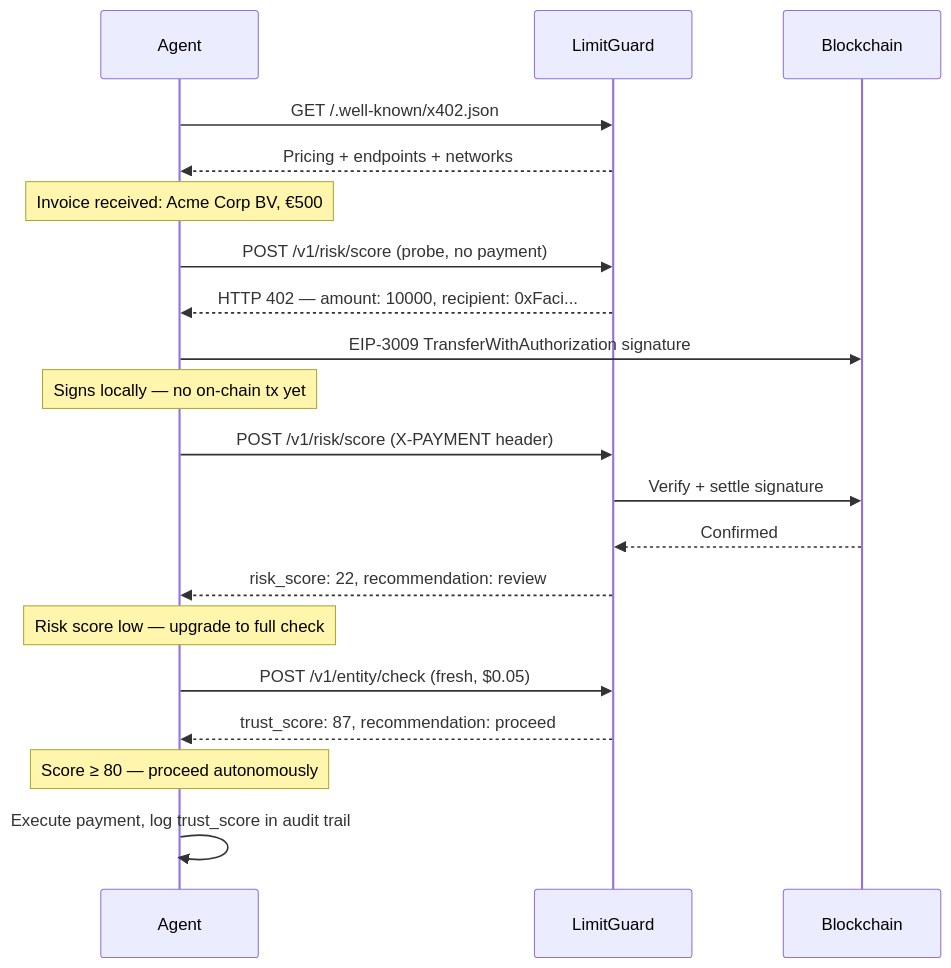
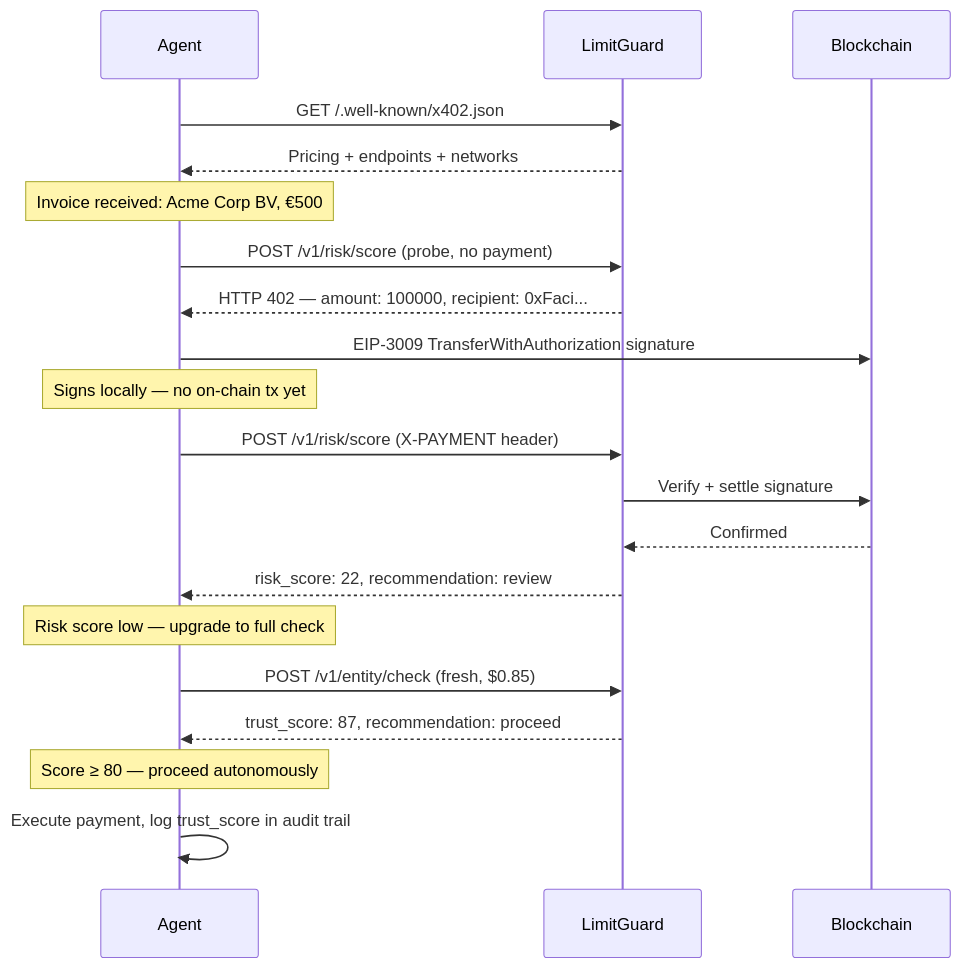
One commit to JWconsultancy1234/limitguard-docs changed the diagram in guides/ai-agent-integration.mdx. Above: the diagram before and after it, drawn with Mermaid. The commit also changed other lines of this file and 3 other files, not shown here.

````diff
--- a/guides/ai-agent-integration.mdx
+++ b/guides/ai-agent-integration.mdx
@@ -788,30 +788,30 @@
 ```mermaid
 sequenceDiagram
     participant Agent
     participant LimitGuard
     participant Blockchain
 
     Agent->>LimitGuard: GET /.well-known/x402.json
     LimitGuard-->>Agent: Pricing + endpoints + networks
 
     Note over Agent: Invoice received: Acme Corp BV, €500
 
     Agent->>LimitGuard: POST /v1/risk/score (probe, no payment)
-    LimitGuard-->>Agent: HTTP 402 — amount: 10000, recipient: 0xFaci...
+    LimitGuard-->>Agent: HTTP 402 — amount: 100000, recipient: 0xFaci...
 
     Agent->>Blockchain: EIP-3009 TransferWithAuthorization signature
     Note over Agent: Signs locally — no on-chain tx yet
 
     Agent->>LimitGuard: POST /v1/risk/score (X-PAYMENT header)
     LimitGuard->>Blockchain: Verify + settle signature
     Blockchain-->>LimitGuard: Confirmed
     LimitGuard-->>Agent: risk_score: 22, recommendation: review
 
     Note over Agent: Risk score low — upgrade to full check
 
-    Agent->>LimitGuard: POST /v1/entity/check (fresh, $0.05)
+    Agent->>LimitGuard: POST /v1/entity/check (fresh, $0.85)
     LimitGuard-->>Agent: trust_score: 87, recommendation: proceed
 
     Note over Agent: Score ≥ 80 — proceed autonomously
     Agent->>Agent: Execute payment, log trust_score in audit trail
 ```
````
